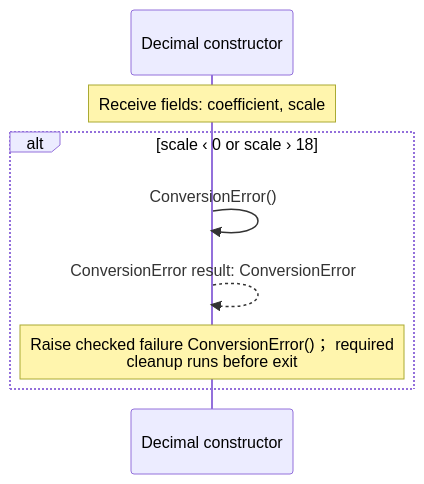
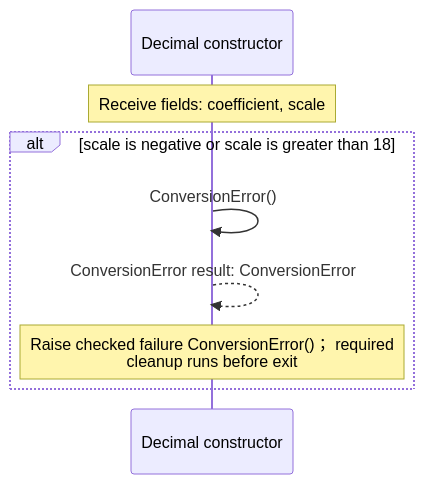
The first of 10 diagrams in src/stdlib/math/decimals.aug.diagrams.md (GreenPandaStudios/augscript), drawn with Mermaid before and after one commit. The commit also changed other lines of this file and 658 other files, not shown here.

````diff
--- a/src/stdlib/math/decimals.aug.diagrams.md
+++ b/src/stdlib/math/decimals.aug.diagrams.md
@@ -18,11 +24,11 @@
 ```mermaid
 sequenceDiagram
     participant p0 as Decimal constructor
 
     Note over p0: Receive fields: coefficient, scale
-    alt scale ‹ 0 or scale › 18
+    alt scale is negative or scale is greater than 18
     p0->>p0: ConversionError()
     p0-->>p0: ConversionError result: ConversionError
     Note over p0: Raise checked failure ConversionError()； required<br/>cleanup runs before exit
     end
 ```
````
